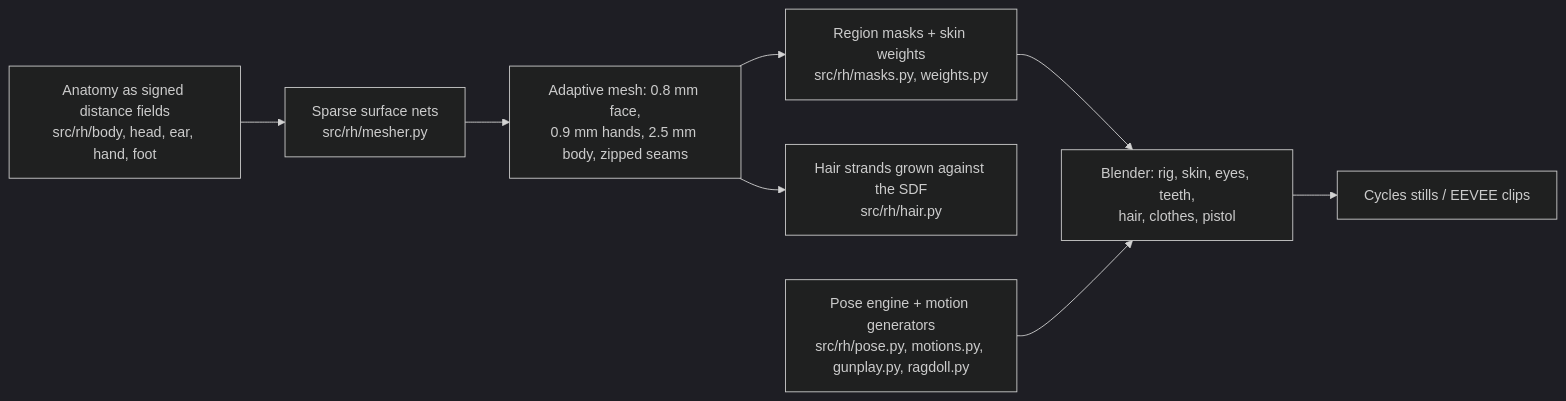
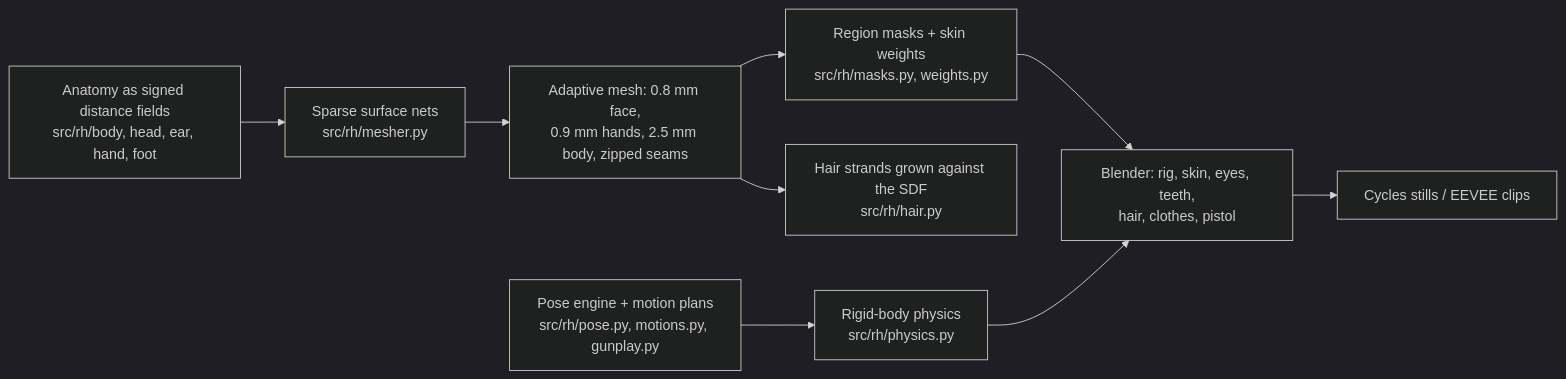
Before and after one commit to SubToFeralsloth11/realistic-human: the diagram in README.md, drawn with Mermaid (dark theme). The commit also changed other lines of this file and 3 other files, not shown here.

````diff
--- a/README.md
+++ b/README.md
@@ -15,10 +15,11 @@
 ```mermaid
 flowchart LR
   A[Anatomy as signed distance fields<br>src/rh/body, head, ear, hand, foot] --> B[Sparse surface nets<br>src/rh/mesher.py]
   B --> C[Adaptive mesh: 0.8 mm face,<br>0.9 mm hands, 2.5 mm body, zipped seams]
   C --> D[Region masks + skin weights<br>src/rh/masks.py, weights.py]
   C --> E[Hair strands grown against the SDF<br>src/rh/hair.py]
   D --> F[Blender: rig, skin, eyes, teeth,<br>hair, clothes, pistol]
-  G[Pose engine + motion generators<br>src/rh/pose.py, motions.py, gunplay.py, ragdoll.py] --> F
+  G[Pose engine + motion plans<br>src/rh/pose.py, motions.py, gunplay.py] --> P[Rigid-body physics<br>src/rh/physics.py]
+  P --> F
   F --> H[Cycles stills / EEVEE clips]
 ```
````
